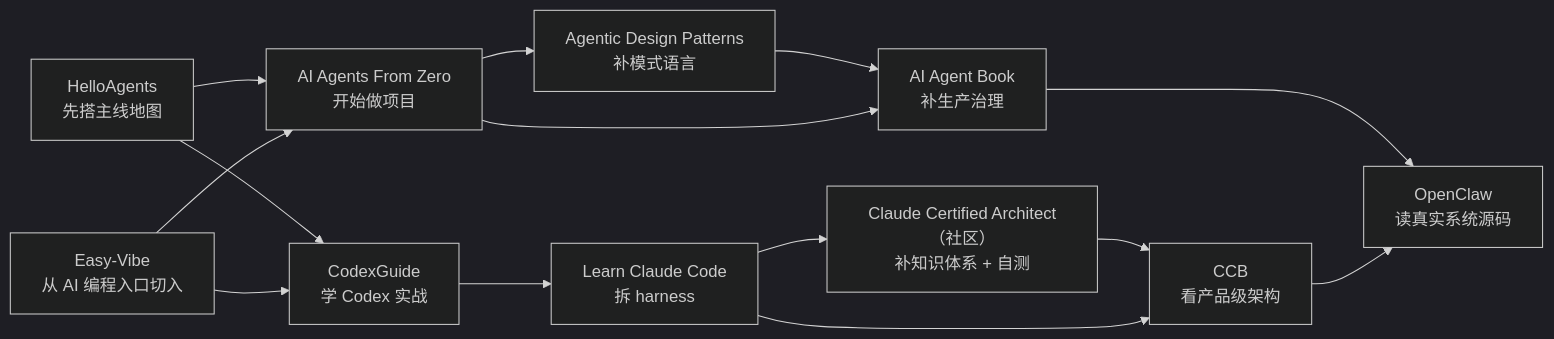
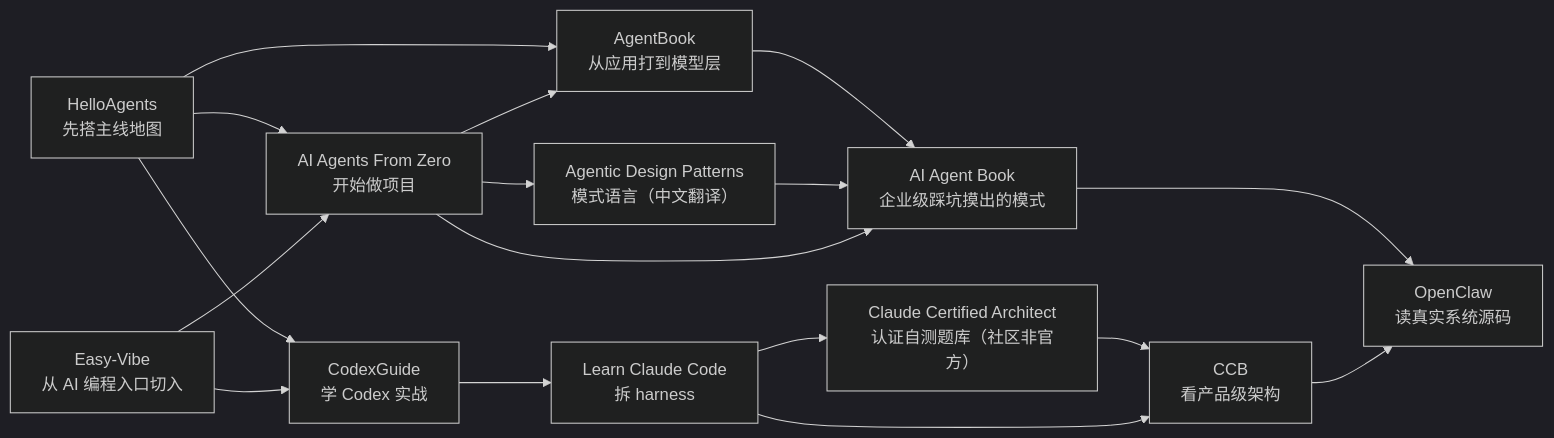
Before and after one commit to xiaomingtx12/nice-ai-agent-study-resources: the diagram in docs/resources/index.md, drawn with Mermaid (dark theme). The commit also changed other lines of this file and 17 other files, not shown here.

````diff
--- a/docs/resources/index.md
+++ b/docs/resources/index.md
@@ -24,27 +37,31 @@
 ```mermaid
 flowchart LR
   H["HelloAgents<br/>先搭主线地图"]
   Z["AI Agents From Zero<br/>开始做项目"]
   E["Easy-Vibe<br/>从 AI 编程入口切入"]
   G["CodexGuide<br/>学 Codex 实战"]
+  AB["AgentBook<br/>从应用打到模型层"]
   L["Learn Claude Code<br/>拆 harness"]
-  CA["Claude Certified Architect（社区）<br/>补知识体系 + 自测"]
+  CA["Claude Certified Architect<br/>认证自测题库（社区非官方）"]
   C["CCB<br/>看产品级架构"]
-  A["Agentic Design Patterns<br/>补模式语言"]
-  B["AI Agent Book<br/>补生产治理"]
+  A["Agentic Design Patterns<br/>模式语言（中文翻译）"]
+  B["AI Agent Book<br/>企业级踩坑摸出的模式"]
   O["OpenClaw<br/>读真实系统源码"]
 
   H --> Z
   E --> Z
   H --> G
   E --> G
+  H --> AB
+  Z --> AB
+  AB --> B
   G --> L
   L --> CA
   CA --> C
   L --> C
   Z --> A
   A --> B
   Z --> B
   B --> O
   C --> O
 ```
````
